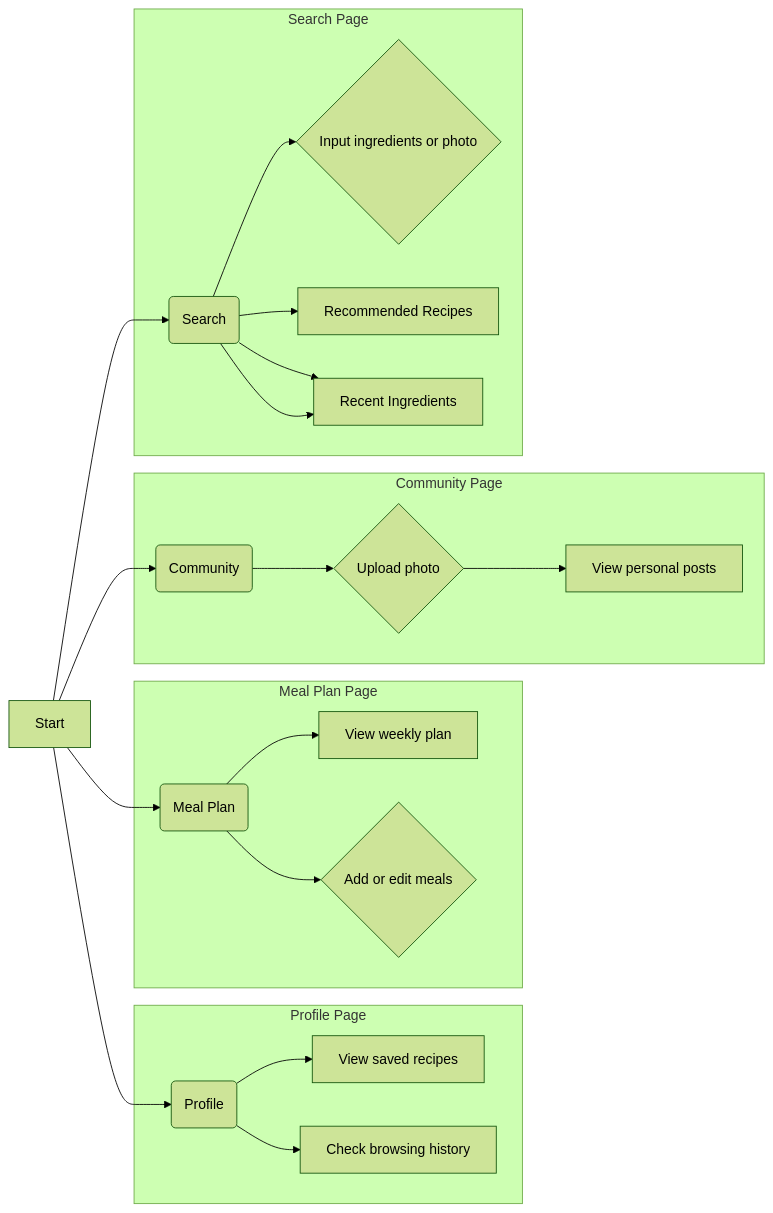
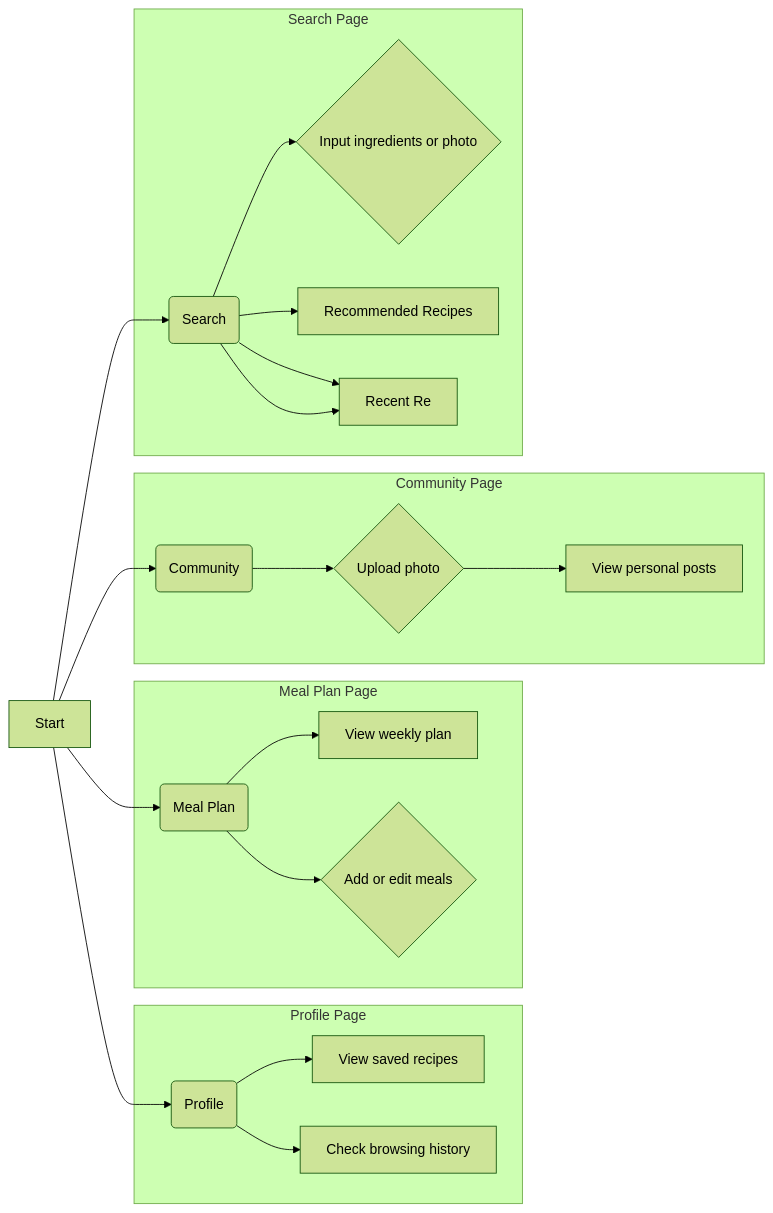
The diagram in all/未命名-2.md (seven8301/iodraw-files), drawn with Mermaid (forest theme) before and after one commit.

Commit message:
2025-04-09 19:25:07 update

````diff
--- a/all/未命名-2.md
+++ b/all/未命名-2.md
@@ -1,29 +1,28 @@
 ```mermaid
 graph LR
     A[Start] --> B(Search);
     A --> C(Community);
     A --> D(Meal Plan);
     A --> E(Profile);
 
     
     subgraph "Profile Page"
         E --> L[View saved recipes];
         E --> M[Check browsing history];
         
     end
       subgraph "Meal Plan Page"
         D --> J[View weekly plan];
         D --> K{Add or edit meals};
     end
      subgraph "Community Page"
         C --> H{Upload photo};
         H --> I[View personal posts];
     end
     subgraph "Search Page"
         B --> F{Input ingredients or photo};
         B --> G[Recommended Recipes];
         B --> N[Recent Ingredients];
-        B --> N[Recent Ingredients];
-
+        B --> N[Recent Re];
     end
 ```
````
